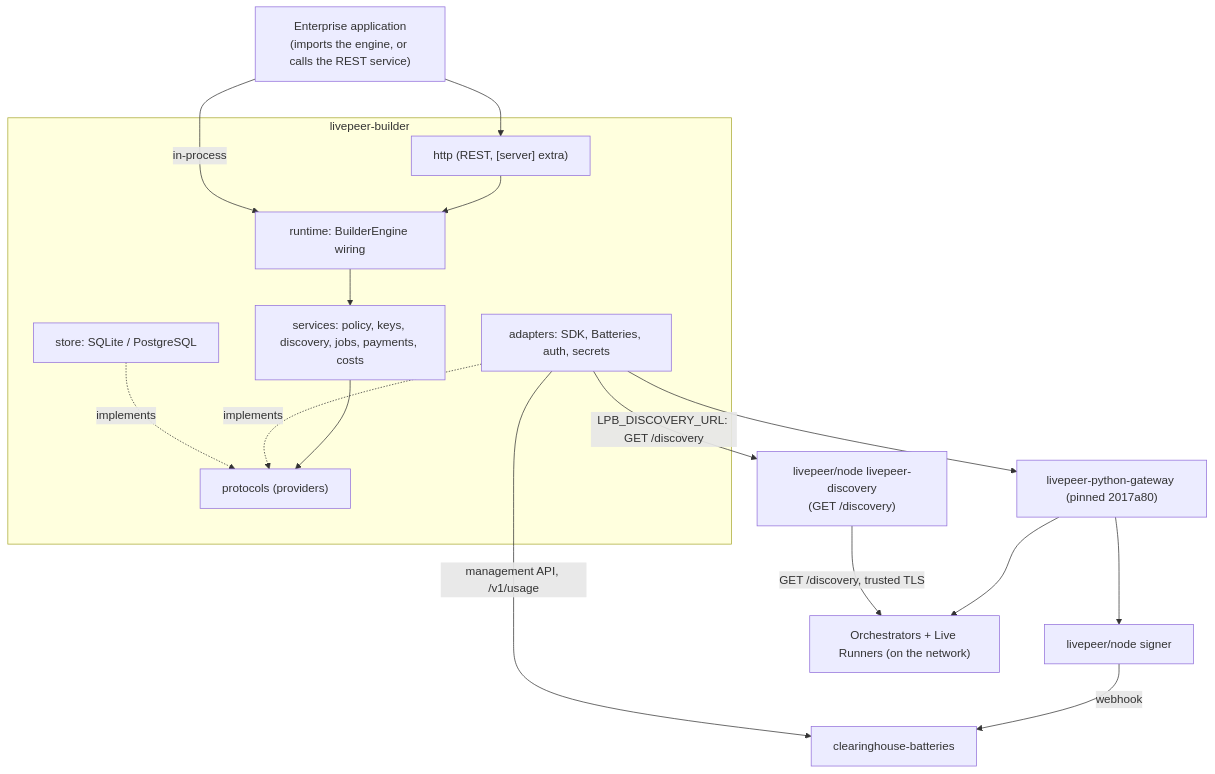
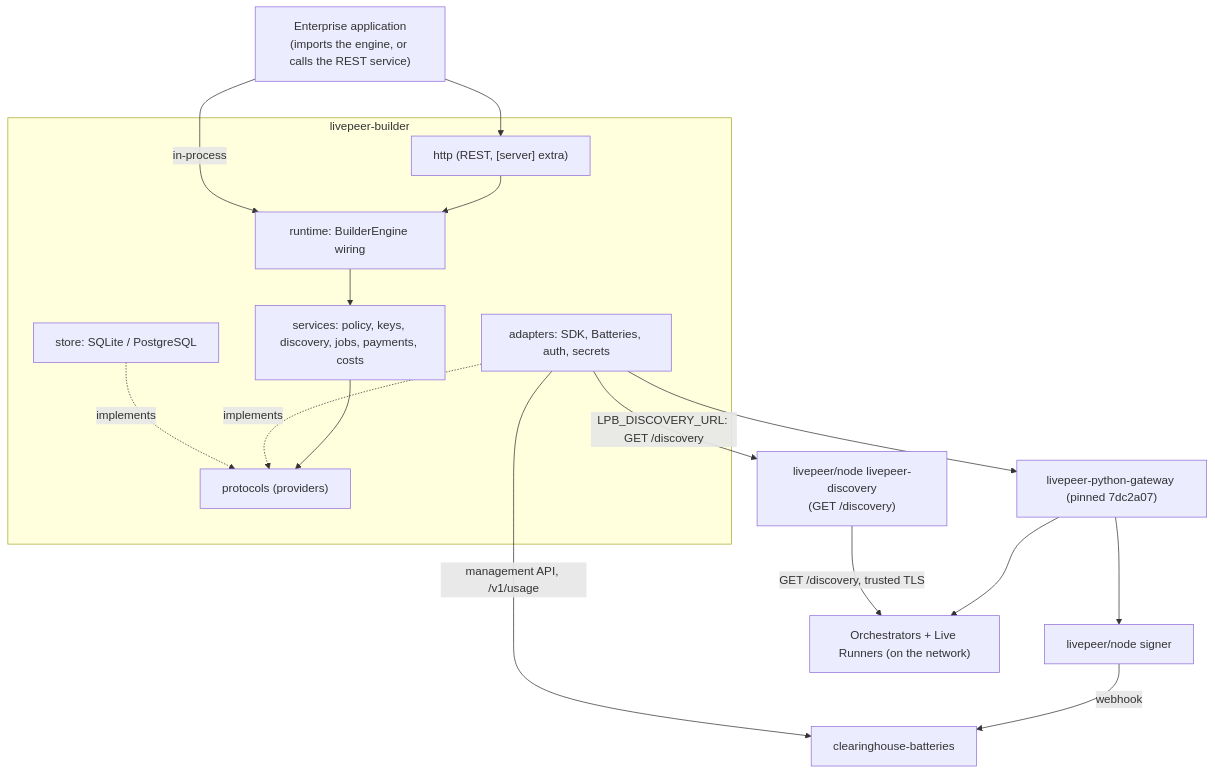
One commit to NE-Build-Track/livepeer-builder-core changed the diagram in ARCHITECTURE.md. Above: the diagram before and after it, drawn with Mermaid. The commit also changed 8 other files, not shown here.

First line of the commit message:
chore: pin the SDK to livepeer-python-gateway 7dc2a07

````diff
--- a/ARCHITECTURE.md
+++ b/ARCHITECTURE.md
@@ -7,26 +7,26 @@
 ```mermaid
 flowchart TB
     App["Enterprise application<br/>(imports the engine, or calls the REST service)"]
     subgraph Engine["livepeer-builder"]
         HTTP["http (REST, [server] extra)"]
         RT["runtime: BuilderEngine wiring"]
         SVC["services: policy, keys, discovery, jobs, payments, costs"]
         PROV["protocols (providers)"]
         AD["adapters: SDK, Batteries, auth, secrets"]
         ST["store: SQLite / PostgreSQL"]
     end
     Disc["livepeer/node livepeer-discovery<br/>(GET /discovery)"]
-    SDK["livepeer-python-gateway (pinned 2017a80)"]
+    SDK["livepeer-python-gateway (pinned 7dc2a07)"]
     Signer["livepeer/node signer"]
     Bat["clearinghouse-batteries"]
     Orch["Orchestrators + Live Runners (on the network)"]
     App --> HTTP --> RT
     App -->|"in-process"| RT
     RT --> SVC --> PROV
     AD -.implements.-> PROV
     ST -.implements.-> PROV
     AD --> SDK --> Signer -->|"webhook"| Bat
     SDK --> Orch
     AD -->|"LPB_DISCOVERY_URL: GET /discovery"| Disc -->|"GET /discovery, trusted TLS"| Orch
     AD -->|"management API, /v1/usage"| Bat
 ```
````
